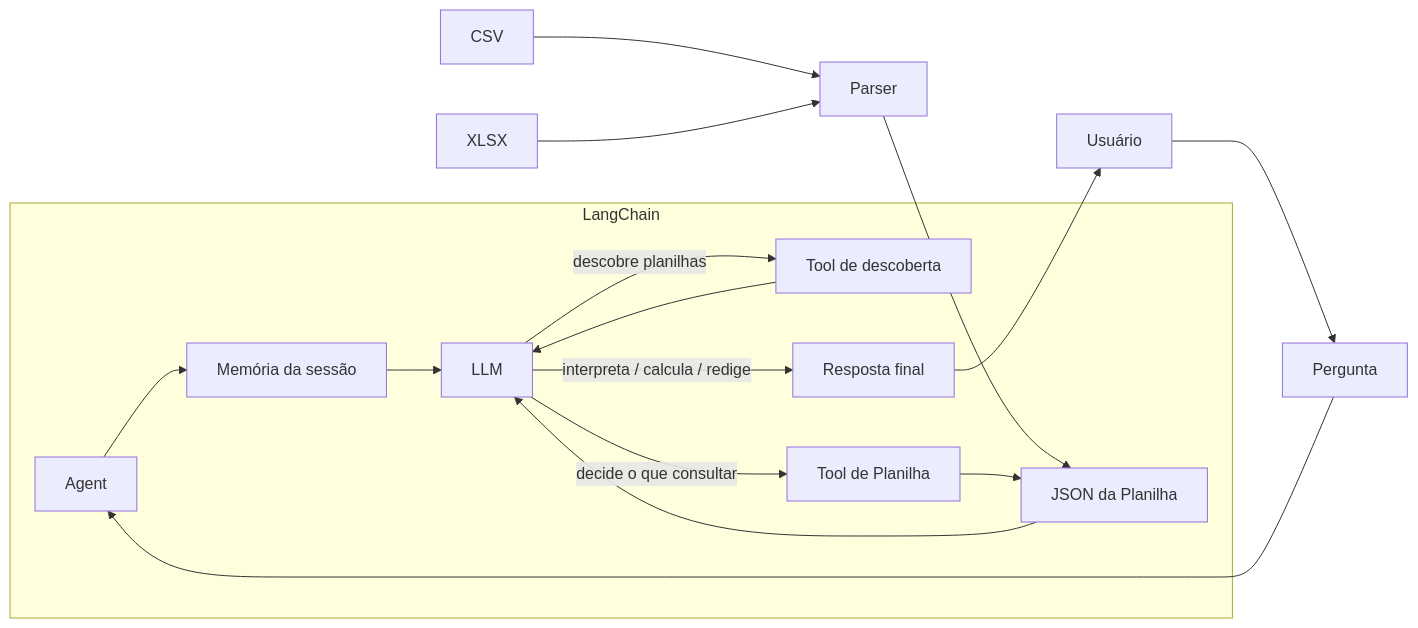
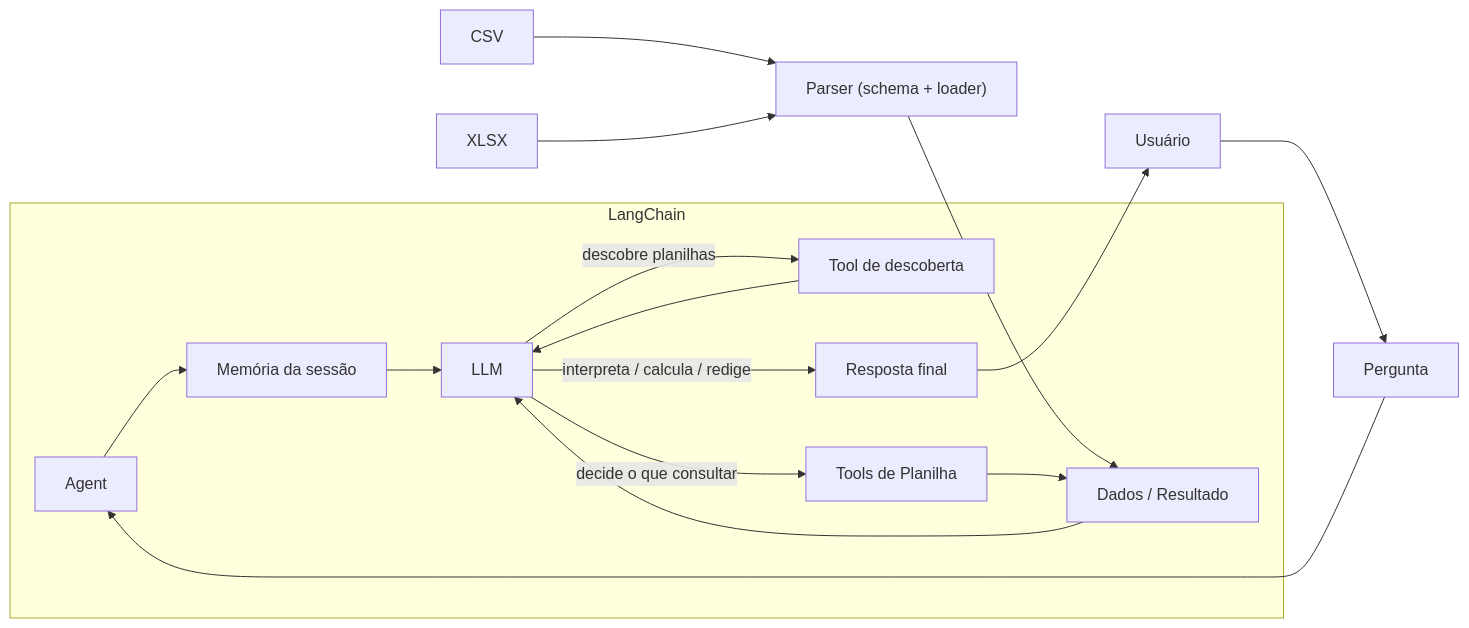
The diagram in docs/architecture.md (gbrielmartinssreo/Natural-Language-Query), drawn with Mermaid before and after one commit. The commit also changed other lines of this file and 10 other files, not shown here.

````diff
--- a/docs/architecture.md
+++ b/docs/architecture.md
@@ -18,30 +23,30 @@
 ```mermaid
 ---
 config:
   layout: dagre
 ---
 flowchart LR
  subgraph LC["LangChain"]
         A["Agent"]
         M["Memória da sessão"]
         L1["LLM"]
         D["Tool de descoberta"]
-        T["Tool de Planilha"]
-        J["JSON da Planilha"]
+        T["Tools de Planilha"]
+        J["Dados / Resultado"]
         R["Resposta final"]
   end
     U["Usuário"] --> Q["Pergunta"]
-    C["CSV"] --> P["Parser"]
+    C["CSV"] --> P["Parser (schema + loader)"]
     X["XLSX"] --> P
     P --> J
     Q --> A
     A --> M
     M --> L1
     L1 -- descobre planilhas --> D
     D --> L1
     L1 -- decide o que consultar --> T
     T --> J
     J --> L1
     L1 -- interpreta / calcula / redige --> R
     R --> U
 ```
````
